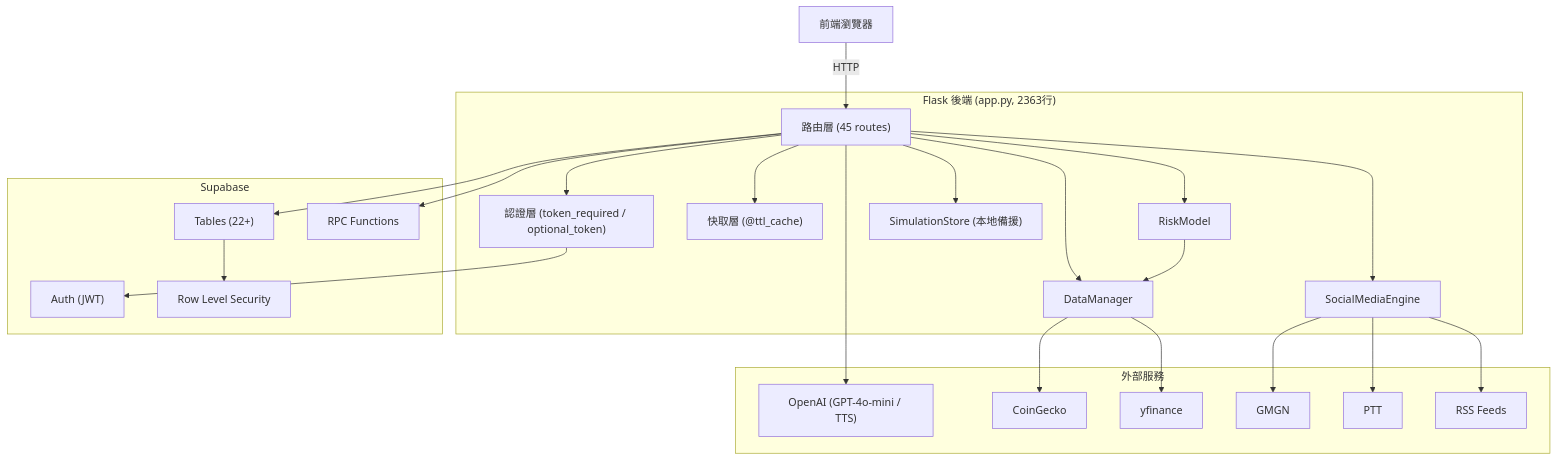
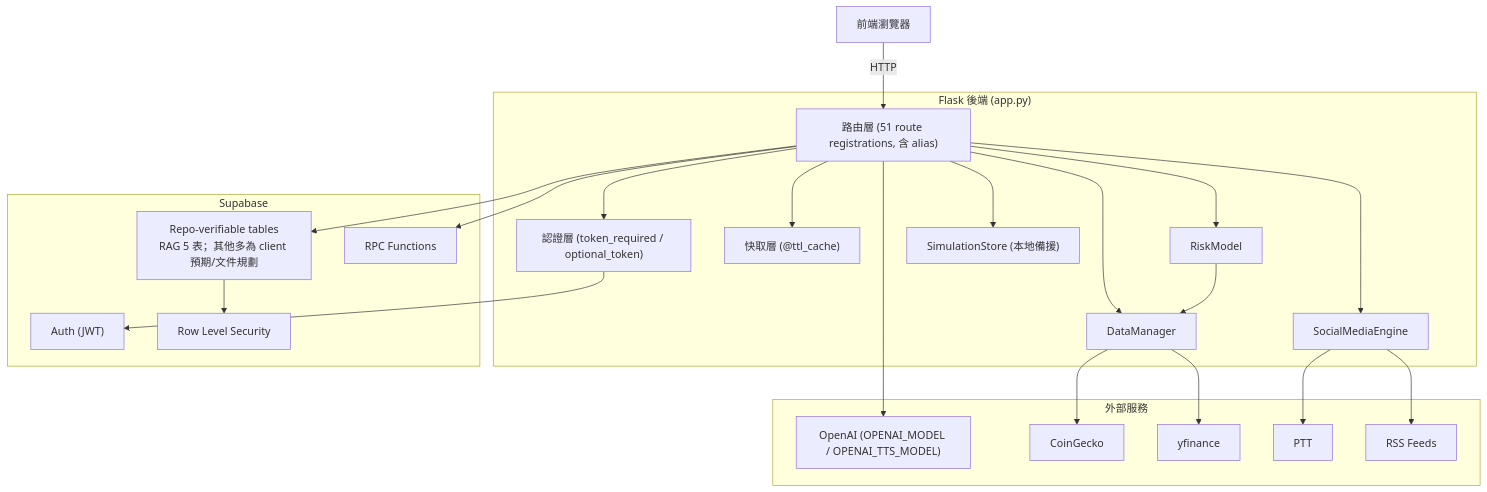
One commit to ziii-11246083/cip changed the first of 2 diagrams in docs/07-實作模型.md. Above: the diagram before and after it, drawn with Mermaid. The commit also changed other lines of this file and 66 other files, not shown here.

````diff
--- a/docs/07-實作模型.md
+++ b/docs/07-實作模型.md
@@ -21,49 +21,47 @@
 ```mermaid
 flowchart TB
     Browser["前端瀏覽器"]
 
-    subgraph Flask["Flask 後端 (app.py, 2363行)"]
-        Routes["路由層 (45 routes)"]
+    subgraph Flask["Flask 後端 (app.py)"]
+        Routes["路由層 (51 route registrations, 含 alias)"]
         Auth["認證層 (token_required / optional_token)"]
         Cache["快取層 (@ttl_cache)"]
         DM["DataManager"]
         RM["RiskModel"]
         SME["SocialMediaEngine"]
         SimM["SimulationStore (本地備援)"]
     end
 
     subgraph Supabase["Supabase"]
         AuthDB["Auth (JWT)"]
-        Tables["Tables (22+)"]
+        Tables["Repo-verifiable tables<br/>RAG 5 表；其他多為 client 預期/文件規劃"]
         RPC["RPC Functions"]
         RLS["Row Level Security"]
     end
 
     subgraph External["外部服務"]
-        OpenAI["OpenAI (GPT-4o-mini / TTS)"]
+        OpenAI["OpenAI (OPENAI_MODEL / OPENAI_TTS_MODEL)"]
         CG["CoinGecko"]
         YF["yfinance"]
-        GMGN["GMGN"]
         PTT["PTT"]
         RSS["RSS Feeds"]
     end
 
     Browser -->|HTTP| Routes
     Routes --> Auth
     Routes --> Cache
     Routes --> DM
     Routes --> RM
     Routes --> SME
     Routes --> SimM
     DM --> CG
     DM --> YF
     RM --> DM
     SME --> PTT
     SME --> RSS
-    SME --> GMGN
     Auth --> AuthDB
     Routes --> Tables
     Routes --> RPC
     Tables --> RLS
     Routes --> OpenAI
 ```
````
